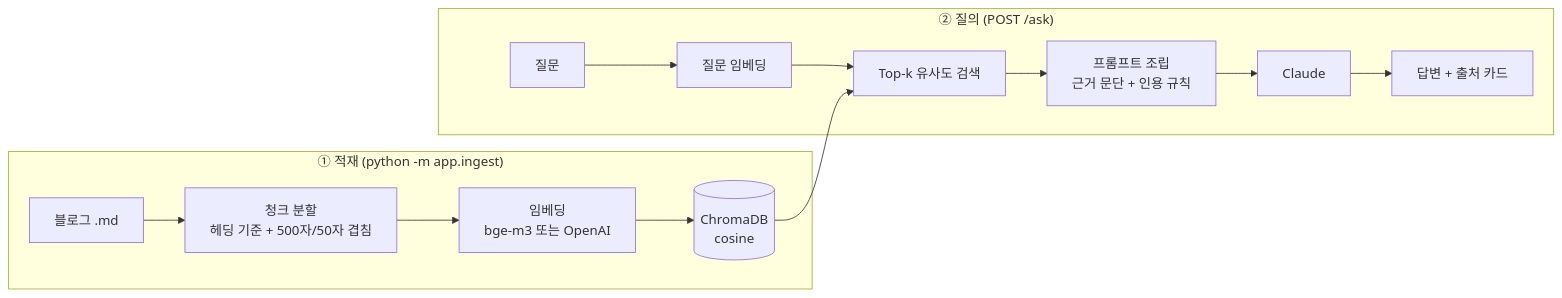
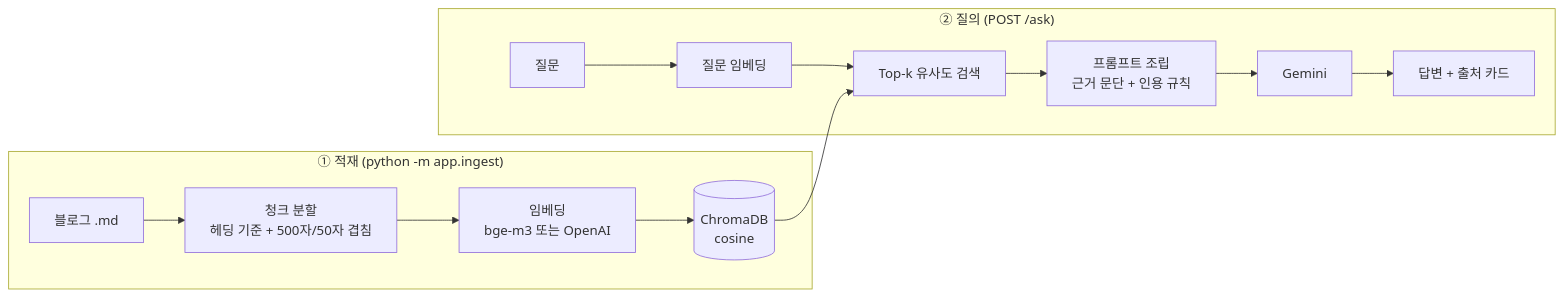
Before and after one commit to ckdtjs505/sonia-wiki: the diagram in README.md, drawn with Mermaid. The commit also changed other lines of this file and 54 other files, not shown here.

````diff
--- a/README.md
+++ b/README.md
@@ -9,16 +9,16 @@
 ```mermaid
 flowchart LR
   subgraph 적재["① 적재 (python -m app.ingest)"]
     A[블로그 .md] --> B[청크 분할<br/>헤딩 기준 + 500자/50자 겹침]
     B --> C[임베딩<br/>bge-m3 또는 OpenAI]
     C --> D[(ChromaDB<br/>cosine)]
   end
   subgraph 질의["② 질의 (POST /ask)"]
     Q[질문] --> E[질문 임베딩]
     E --> F[Top-k 유사도 검색]
     D --> F
     F --> G[프롬프트 조립<br/>근거 문단 + 인용 규칙]
-    G --> H[Claude]
+    G --> H[Gemini]
     H --> I[답변 + 출처 카드]
   end
 ```
````
